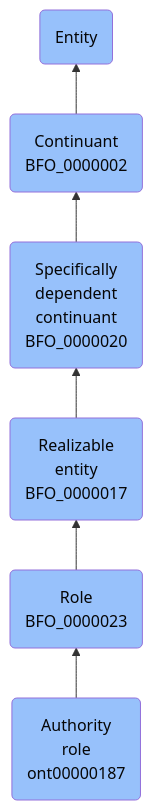
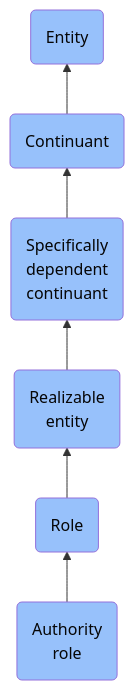
Before and after one commit to jupyter-naas/abi: the diagram in docs/ontology/reference/model/Entity/Continuant/Specifically dependent continuant/Realizable entity/Role/Authority role/Authority role.md, drawn with Mermaid. The commit also changed other lines of this file and 1430 other files, not shown here.

````diff
--- a/docs/ontology/reference/model/Entity/Continuant/Specifically dependent continuant/Realizable entity/Role/Authority role/Authority role.md
+++ b/docs/ontology/reference/model/Entity/Continuant/Specifically dependent continuant/Realizable entity/Role/Authority role/Authority role.md
@@ -24,13 +24,13 @@
 ```mermaid
 graph BT
-    ont00000187(Authority<br>role<br>ont00000187):::BFO-->BFO_0000023
-    BFO_0000023(Role<br>BFO_0000023):::BFO-->BFO_0000017
-    BFO_0000017(Realizable<br>entity<br>BFO_0000017):::BFO-->BFO_0000020
-    BFO_0000020(Specifically<br>dependent<br>continuant<br>BFO_0000020):::BFO-->BFO_0000002
-    BFO_0000002(Continuant<br>BFO_0000002):::BFO-->BFO_0000001
+    ont00000187(Authority<br>role):::BFO-->BFO_0000023
+    BFO_0000023(Role):::BFO-->BFO_0000017
+    BFO_0000017(Realizable<br>entity):::BFO-->BFO_0000020
+    BFO_0000020(Specifically<br>dependent<br>continuant):::BFO-->BFO_0000002
+    BFO_0000002(Continuant):::BFO-->BFO_0000001
     BFO_0000001(Entity):::BFO
     
     classDef BFO fill:#97c1fb,color:#060606
     classDef CCO fill:#e4c51e,color:#060606
     classDef ABI fill:#48DD82,color:#060606
 ```
````
